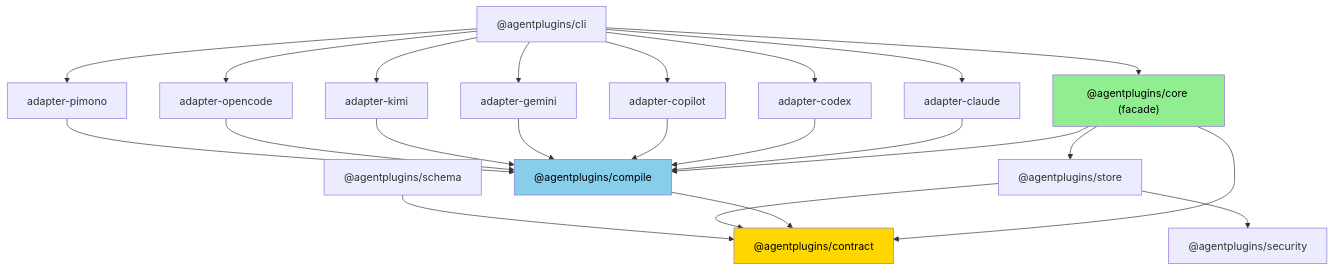
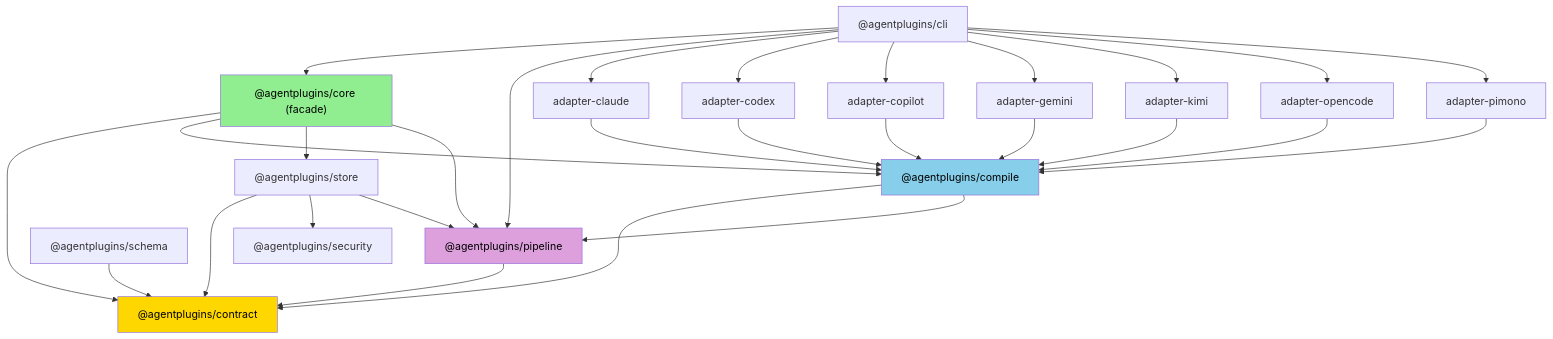
Before and after one commit to sigilco/agentplugins: the first of 3 diagrams in ARCHITECTURE.md, drawn with Mermaid. The commit also changed other lines of this file, not shown here.

First line of the commit message:
docs(architecture): add pipeline package, middleware bus, plugin extensibility section

````diff
--- a/ARCHITECTURE.md
+++ b/ARCHITECTURE.md
@@ -17,29 +18,32 @@
 ```mermaid
 graph TD
     CLI["@agentplugins/cli"]
     CORE["@agentplugins/core (facade)"]
     CONTRACT["@agentplugins/contract"]
+    PIPELINE["@agentplugins/pipeline"]
     COMPILE["@agentplugins/compile"]
     STORE["@agentplugins/store"]
     SCHEMA["@agentplugins/schema"]
     SECURITY["@agentplugins/security"]
     A_CLAUDE["adapter-claude"]
     A_CODEX["adapter-codex"]
     A_COPILOT["adapter-copilot"]
     A_GEMINI["adapter-gemini"]
     A_KIMI["adapter-kimi"]
     A_OC["adapter-opencode"]
     A_PI["adapter-pimono"]
 
-    CLI --> CORE
+    CLI --> CORE & PIPELINE
     CLI --> A_CLAUDE & A_CODEX & A_COPILOT & A_GEMINI & A_KIMI & A_OC & A_PI
-    CORE --> CONTRACT & COMPILE & STORE
+    CORE --> CONTRACT & COMPILE & STORE & PIPELINE
     A_CLAUDE & A_CODEX & A_COPILOT & A_GEMINI & A_KIMI & A_OC & A_PI --> COMPILE
-    COMPILE --> CONTRACT
-    STORE --> CONTRACT & SECURITY
+    COMPILE --> CONTRACT & PIPELINE
+    STORE --> CONTRACT & SECURITY & PIPELINE
     SCHEMA --> CONTRACT
+    PIPELINE --> CONTRACT
 
     style CONTRACT fill:#ffd700,color:#000
+    style PIPELINE fill:#dda0dd,color:#000
     style COMPILE fill:#87ceeb,color:#000
     style CORE fill:#90ee90,color:#000
 ```
````
